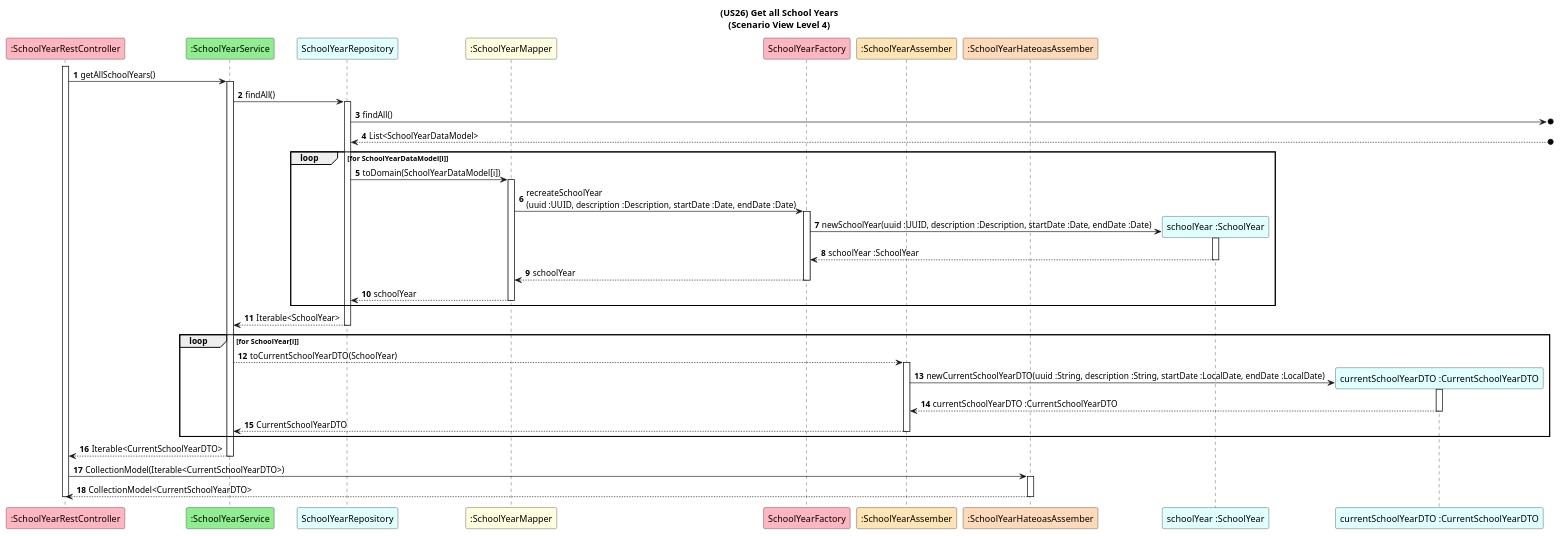
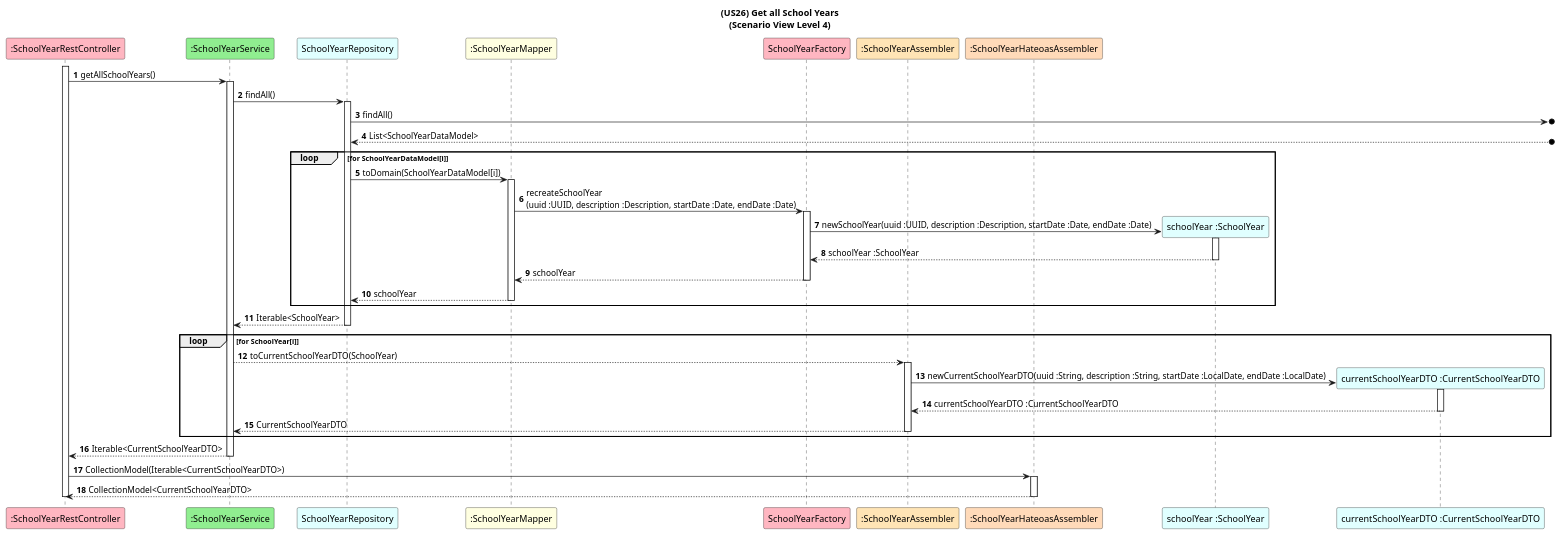
Before and after one commit to GasparISEP/DevOps-PAI: the diagram in docs/US26/Sprint6_RestAPI/ScenarioView/References/Ref-getAllSchoolYears.puml, drawn with PlantUML. The commit also changed 2 other files, not shown here.

Commit message:
docs: correct minor terminology in scenario view diagrams for US26. Refs #687

```diff
--- a/docs/US26/Sprint6_RestAPI/ScenarioView/References/Ref-getAllSchoolYears.puml
+++ b/docs/US26/Sprint6_RestAPI/ScenarioView/References/Ref-getAllSchoolYears.puml
@@ -1,52 +1,52 @@
 @startuml
 
 title (US26) Get all School Years\n(Scenario View Level 4)
 
 autonumber
 
 participant ":SchoolYearRestController" as C #lightpink
 participant ":SchoolYearService" as SYS #lightgreen
 participant "SchoolYearRepository" as SYR #lightcyan
 participant ":SchoolYearMapper" as M #lightyellow
 participant "SchoolYearFactory" as F #lightpink
-participant ":SchoolYearAssember" as SYA #moccasin
-participant ":SchoolYearHateoasAssember" as SYHA #peachpuff
+participant ":SchoolYearAssembler" as SYA #moccasin
+participant ":SchoolYearHateoasAssembler" as SYHA #peachpuff
 
 
 
 participant "schoolYear :SchoolYear" as SYT #lightcyan
 participant "currentSchoolYearDTO :CurrentSchoolYearDTO" as CSYDTO #lightcyan
 
 activate C
 C -> SYS ++: getAllSchoolYears()
 
 SYS -> SYR ++: findAll()
 
 SYR ->o] : findAll()
 SYR <--o] : List<SchoolYearDataModel>
 
 loop for SchoolYearDataModel[i]
 SYR -> M ++: toDomain(SchoolYearDataModel[i])
 M -> F ++: recreateSchoolYear\n(uuid :UUID, description :Description, startDate :Date, endDate :Date)
 F -> SYT**: newSchoolYear(uuid :UUID, description :Description, startDate :Date, endDate :Date)
 activate SYT
 SYT --> F --: schoolYear :SchoolYear
 F --> M --: schoolYear
 M --> SYR --: schoolYear
 end
 SYR --> SYS --: Iterable<SchoolYear>
 
 loop for SchoolYear[i]
 SYS --> SYA ++: toCurrentSchoolYearDTO(SchoolYear)
 SYA -> CSYDTO**: newCurrentSchoolYearDTO(uuid :String, description :String, startDate :LocalDate, endDate :LocalDate)
 activate CSYDTO
 CSYDTO --> SYA --: currentSchoolYearDTO :CurrentSchoolYearDTO
 SYA --> SYS --: CurrentSchoolYearDTO
 end
 
 SYS --> C --: Iterable<CurrentSchoolYearDTO>
 C -> SYHA ++: CollectionModel(Iterable<CurrentSchoolYearDTO>)
 SYHA --> C --: CollectionModel<CurrentSchoolYearDTO>
 
 deactivate C
 @enduml
```
